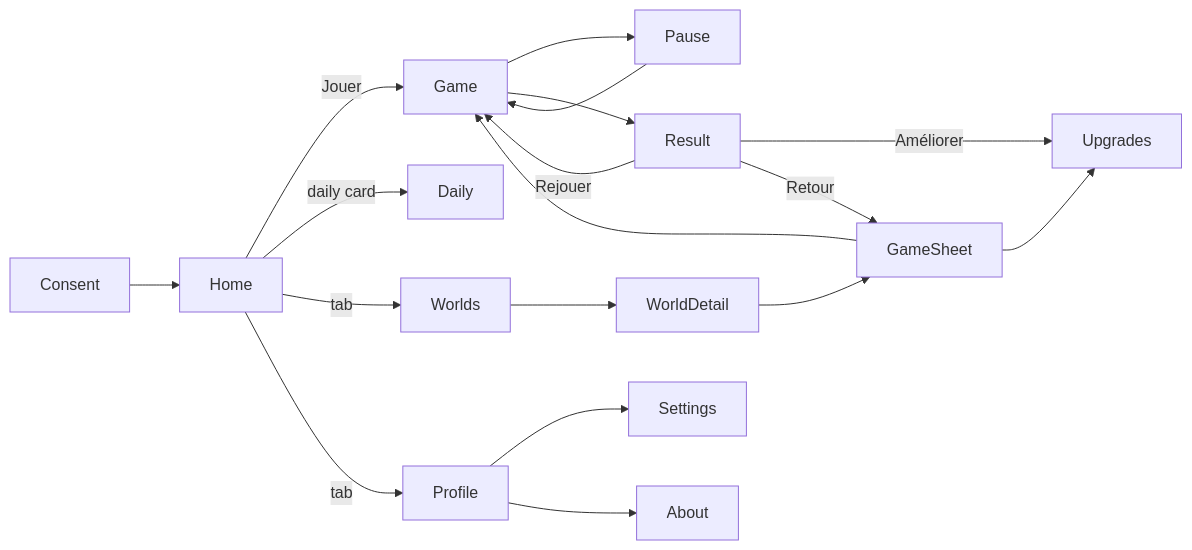
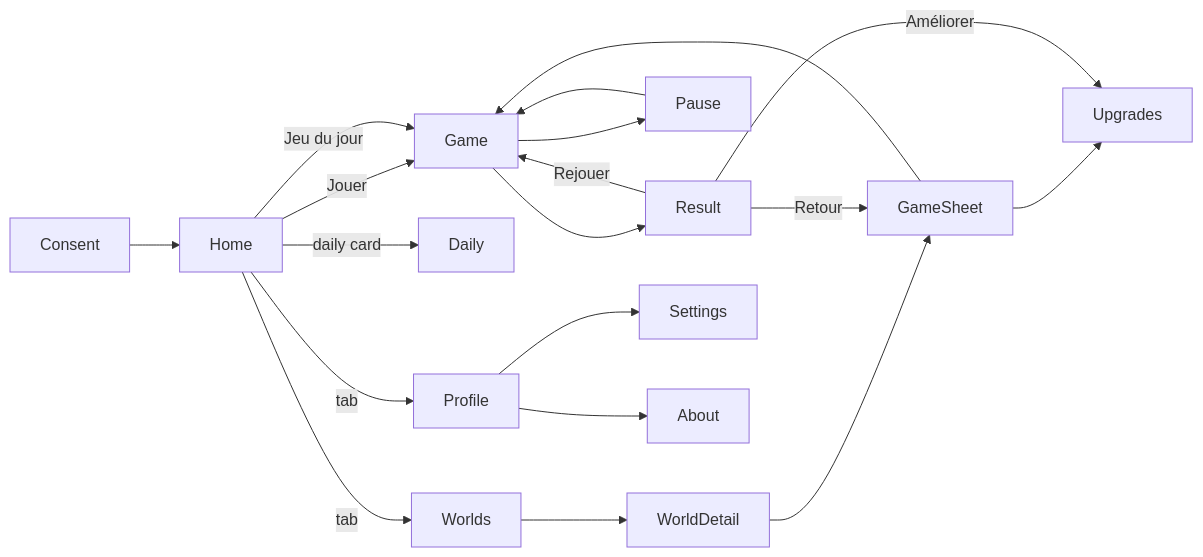
The diagram in docs/PRD.md (nhilaire/mini-worlds), drawn with Mermaid before and after one commit. The commit also changed other lines of this file, not shown here.

First line of the commit message:
docs(prd): v0.4.0 phone test amendment (daily reward reset, game of the day, five games reworked)

````diff
--- a/docs/PRD.md
+++ b/docs/PRD.md
@@ -102,15 +105,16 @@
 ```mermaid
 flowchart LR
   Consent --> Home
   Home -- Jouer --> Game
   Home -- daily card --> Daily
+  Home -- Jeu du jour --> Game
   Home -- tab --> Worlds --> WorldDetail --> GameSheet --> Game
   GameSheet --> Upgrades
   Game --> Pause --> Game
   Game --> Result
   Result -- Rejouer --> Game
   Result -- Améliorer --> Upgrades
   Result -- Retour --> GameSheet
   Home -- tab --> Profile --> Settings
   Profile --> About
 ```
````
